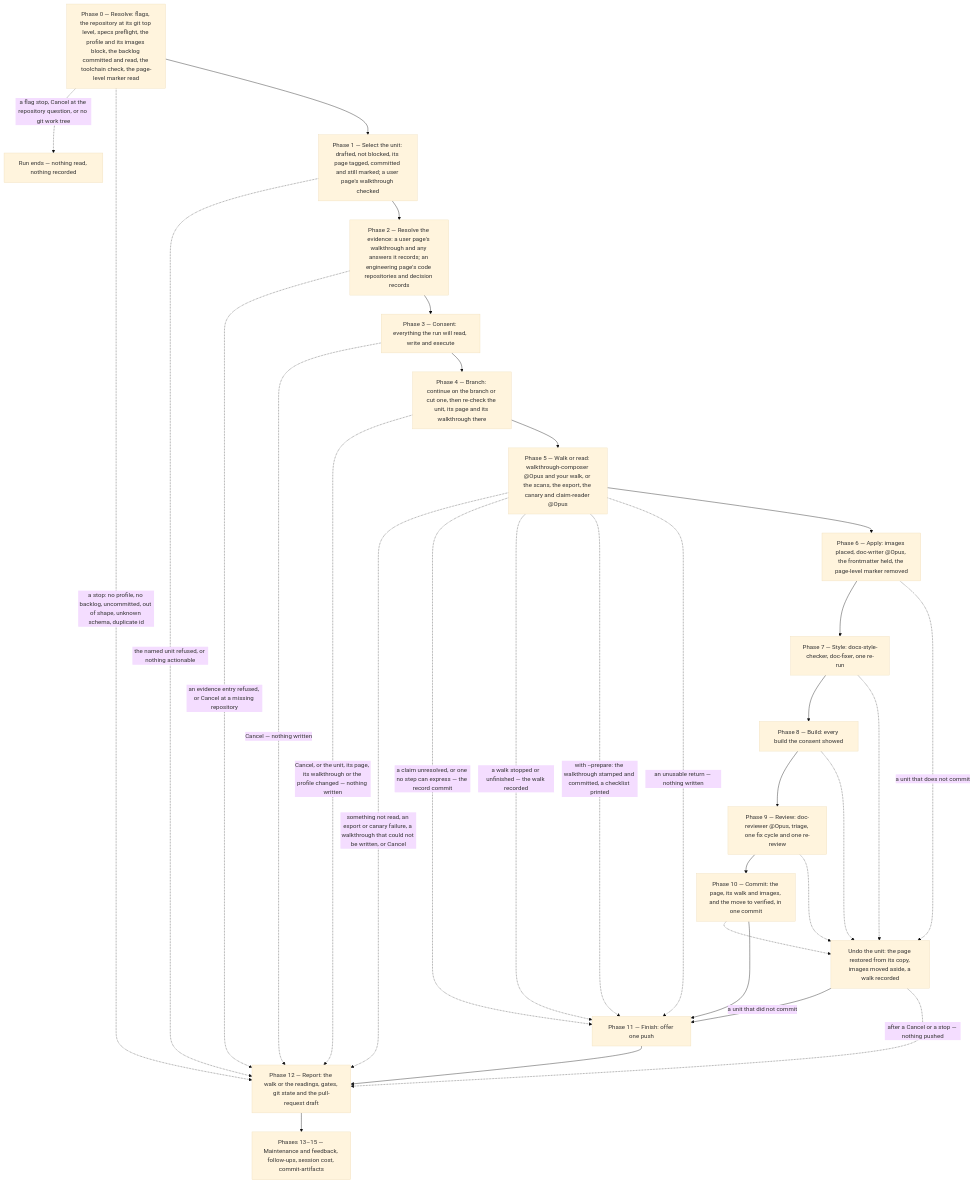
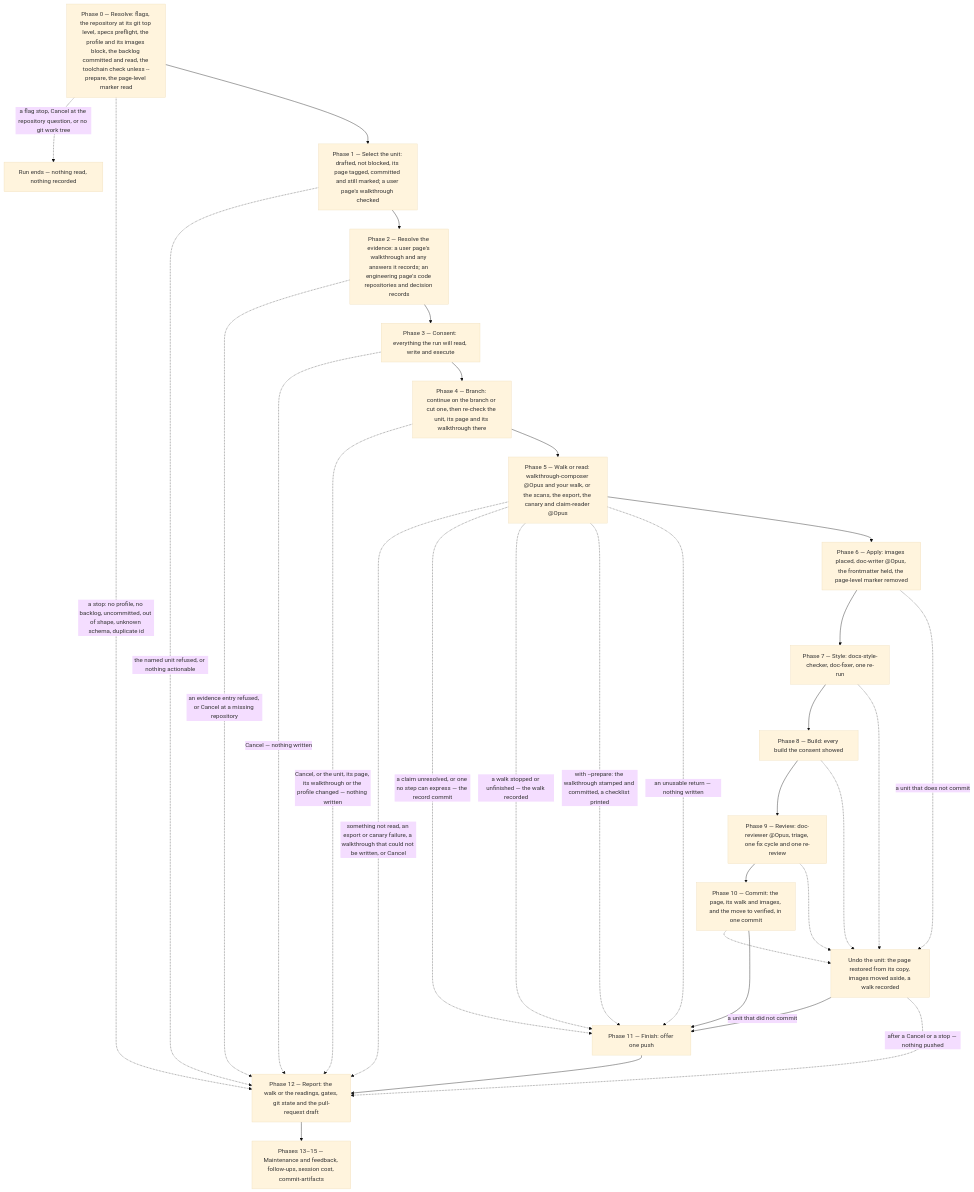
Before and after one commit to ihudak/ai-workflows: the diagram in plugins/docs-workflows/docs/commands/docs-verify.md, drawn with Mermaid (base theme). The commit also changed other lines of this file and 5 other files, not shown here.

First line of the commit message:
fix(doc-d-g1): batch 4 final review — the checklist gives each asked slot's limits, prefix and public warning; the page held before the prepare commit; step 10 routes through the hold

````diff
--- a/plugins/docs-workflows/docs/commands/docs-verify.md
+++ b/plugins/docs-workflows/docs/commands/docs-verify.md
@@ -52,35 +52,35 @@
 ```mermaid
 flowchart TD
-    p0["Phase 0 — Resolve: flags, the repository at its git top level, specs preflight, the profile and its images block, the backlog committed and read, the toolchain check, the page-level marker read"]
+    p0["Phase 0 — Resolve: flags, the repository at its git top level, specs preflight, the profile and its images block, the backlog committed and read, the toolchain check unless --prepare, the page-level marker read"]
     p0 -.->|"a flag stop, Cancel at the repository question, or no git work tree"| runend["Run ends — nothing read, nothing recorded"]
     p0 -.->|"a stop: no profile, no backlog, uncommitted, out of shape, unknown schema, duplicate id"| p12
     p0 --> p1["Phase 1 — Select the unit: drafted, not blocked, its page tagged, committed and still marked; a user page's walkthrough checked"]
     p1 -.->|"the named unit refused, or nothing actionable"| p12
     p1 --> p2["Phase 2 — Resolve the evidence: a user page's walkthrough and any answers it records; an engineering page's code repositories and decision records"]
     p2 -.->|"an evidence entry refused, or Cancel at a missing repository"| p12
     p2 --> p3["Phase 3 — Consent: everything the run will read, write and execute"]
     p3 -.->|"Cancel — nothing written"| p12
     p3 --> p4["Phase 4 — Branch: continue on the branch or cut one, then re-check the unit, its page and its walkthrough there"]
     p4 -.->|"Cancel, or the unit, its page, its walkthrough or the profile changed — nothing written"| p12
     p4 --> p5["Phase 5 — Walk or read: walkthrough-composer @Opus and your walk, or the scans, the export, the canary and claim-reader @Opus"]
     p5 -.->|"something not read, an export or canary failure, a walkthrough that could not be written, or Cancel"| p12
     p5 -.->|"a claim unresolved, or one no step can express — the record commit"| p11
     p5 -.->|"a walk stopped or unfinished — the walk recorded"| p11
     p5 -.->|"with --prepare: the walkthrough stamped and committed, a checklist printed"| p11
     p5 -.->|"an unusable return — nothing written"| p11
     p5 --> p6["Phase 6 — Apply: images placed, doc-writer @Opus, the frontmatter held, the page-level marker removed"]
     p6 --> p7["Phase 7 — Style: docs-style-checker, doc-fixer, one re-run"]
     p7 --> p8["Phase 8 — Build: every build the consent showed"]
     p8 --> p9["Phase 9 — Review: doc-reviewer @Opus, triage, one fix cycle and one re-review"]
     p9 --> p10["Phase 10 — Commit: the page, its walk and images, and the move to verified, in one commit"]
     p6 -.->|"a unit that does not commit"| undo["Undo the unit: the page restored from its copy, images moved aside, a walk recorded"]
     p7 -.-> undo
     p8 -.-> undo
     p9 -.-> undo
     p10 -.-> undo
     undo -->|"a unit that did not commit"| p11
     undo -.->|"after a Cancel or a stop — nothing pushed"| p12
     p10 --> p11["Phase 11 — Finish: offer one push"]
     p11 --> p12["Phase 12 — Report: the walk or the readings, gates, git state and the pull-request draft"]
     p12 --> tail["Phases 13–15 — Maintenance and feedback, follow-ups, session cost, commit-artifacts"]
 ```
````
